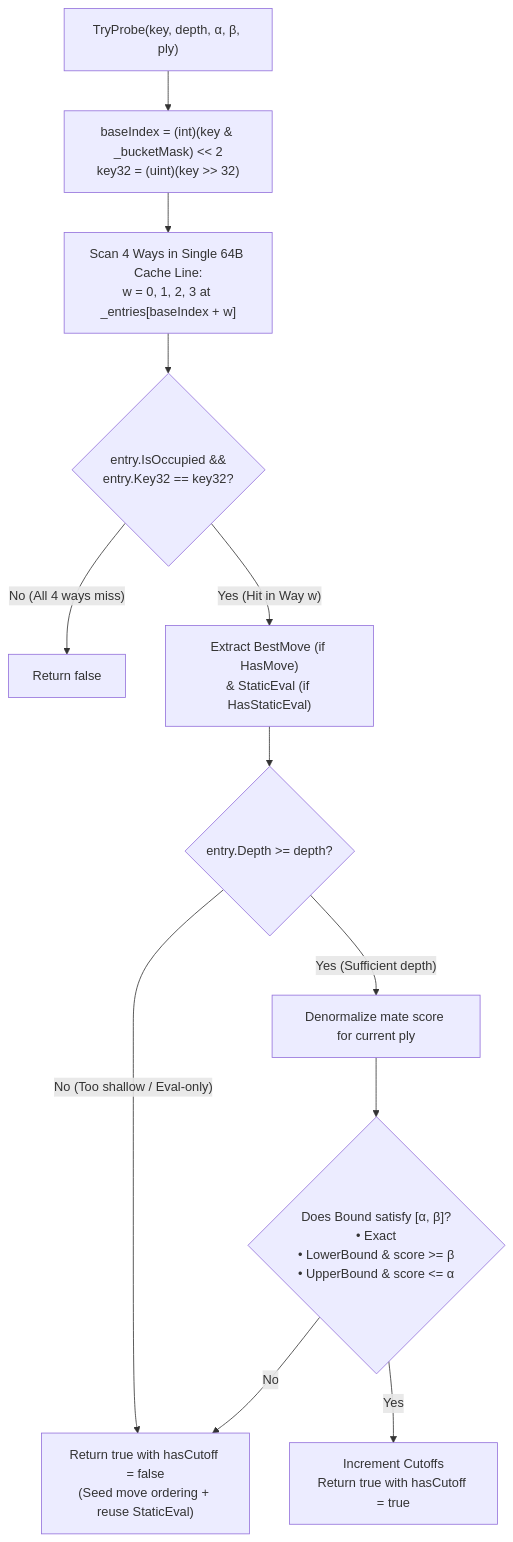
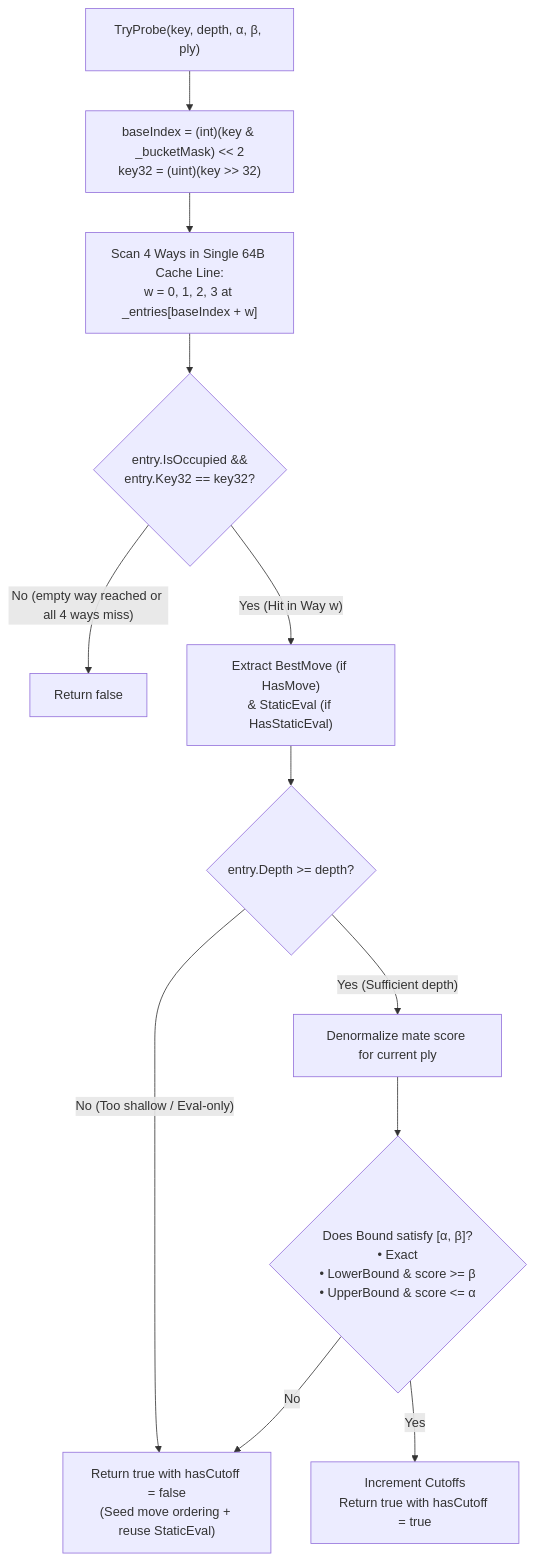
The diagram in docs/brain/08-transposition-table.md (cjp-dev/Checkers), drawn with Mermaid before and after one commit. The commit also changed other lines of this file and 21 other files, not shown here.

````diff
--- a/docs/brain/08-transposition-table.md
+++ b/docs/brain/08-transposition-table.md
@@ -67,14 +67,14 @@
 ```mermaid
 flowchart TD
     Probe["TryProbe(key, depth, α, β, ply)"] --> Base["baseIndex = (int)(key &amp; _bucketMask) &lt;&lt; 2<br/>key32 = (uint)(key &gt;&gt; 32)"]
     Base --> Scan["Scan 4 Ways in Single 64B Cache Line:<br/>w = 0, 1, 2, 3 at _entries[baseIndex + w]"]
     Scan --> Match{"entry.IsOccupied &amp;&amp;<br/>entry.Key32 == key32?"}
-    Match -- "No (All 4 ways miss)" --> Miss["Return false"]
+    Match -- "No (empty way reached or all 4 ways miss)" --> Miss["Return false"]
     Match -- "Yes (Hit in Way w)" --> Extract["Extract BestMove (if HasMove)<br/>&amp; StaticEval (if HasStaticEval)"]
     Extract --> CheckDepth{"entry.Depth >= depth?"}
     CheckDepth -- "No (Too shallow / Eval-only)" --> OrderOnly["Return true with hasCutoff = false<br/>(Seed move ordering + reuse StaticEval)"]
     CheckDepth -- "Yes (Sufficient depth)" --> Norm["Denormalize mate score for current ply"]
     Norm --> CheckBound{"Does Bound satisfy [α, β]?<br/>• Exact<br/>• LowerBound &amp; score >= β<br/>• UpperBound &amp; score <= α"}
     CheckBound -- "Yes" --> Cutoff["Increment Cutoffs<br/>Return true with hasCutoff = true"]
     CheckBound -- "No" --> OrderOnly
 ```
````
